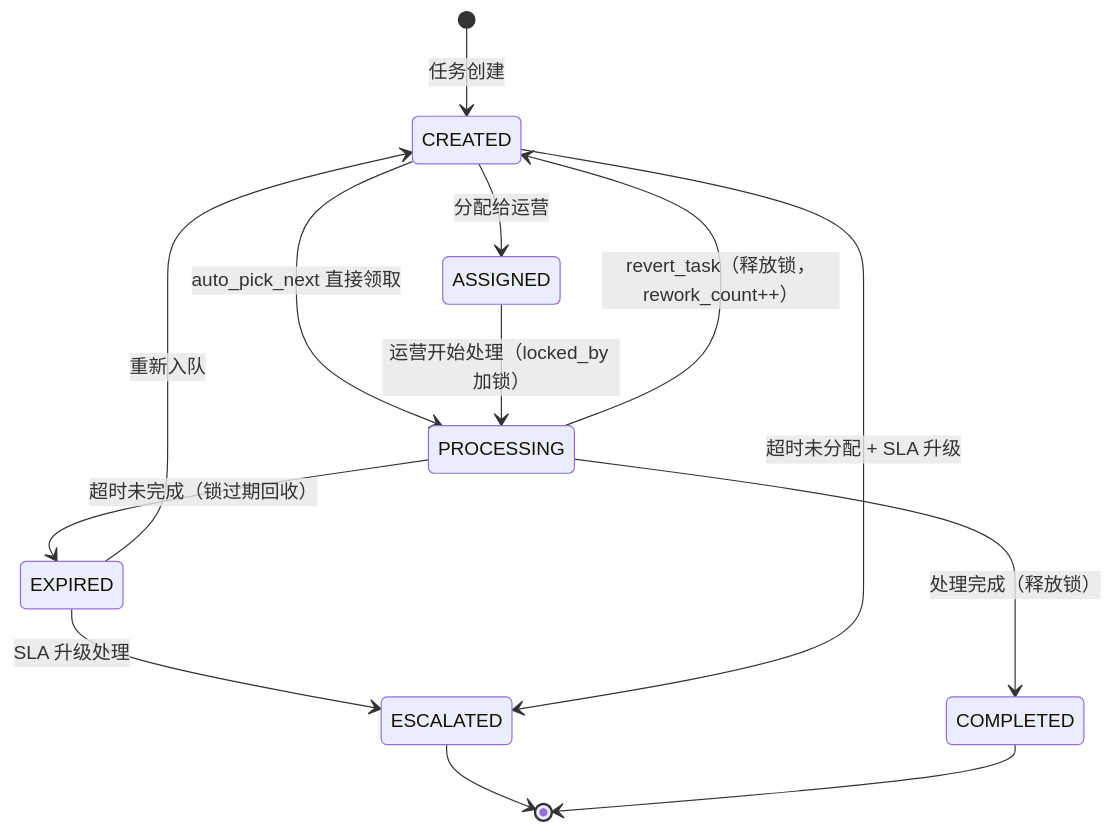
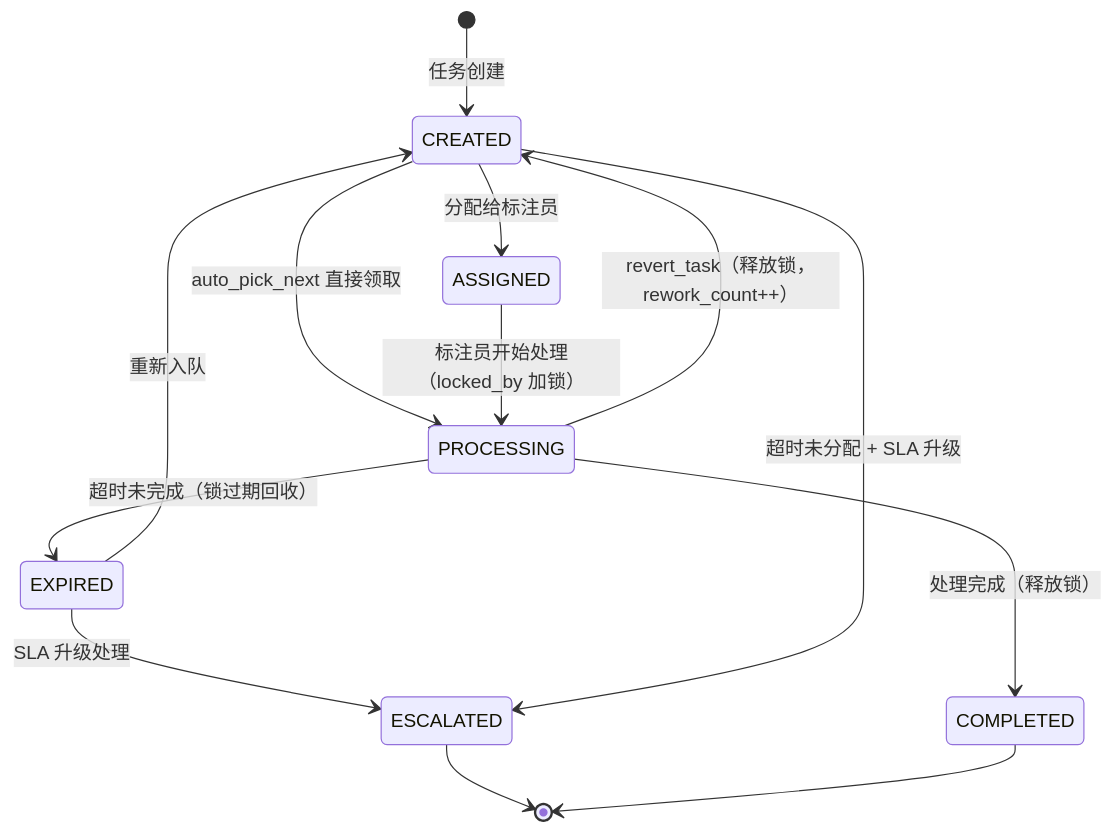
One commit to zhangzongchu2019/pdf-sku changed the fourth of 5 diagrams in web/docs/pdf_sku_data_dictionary_state_machines.md. Above: the diagram before and after it, drawn with Mermaid. The commit also changed other lines of this file and 53 other files, not shown here.

````diff
--- a/web/docs/pdf_sku_data_dictionary_state_machines.md
+++ b/web/docs/pdf_sku_data_dictionary_state_machines.md
@@ -243,21 +243,21 @@
 ```mermaid
 stateDiagram-v2
     [*] --> CREATED: 任务创建
 
-    CREATED --> ASSIGNED: 分配给运营
+    CREATED --> ASSIGNED: 分配给标注员
     CREATED --> PROCESSING: auto_pick_next 直接领取
 
-    ASSIGNED --> PROCESSING: 运营开始处理（locked_by 加锁）
+    ASSIGNED --> PROCESSING: 标注员开始处理（locked_by 加锁）
 
     PROCESSING --> COMPLETED: 处理完成（释放锁）
     PROCESSING --> EXPIRED: 超时未完成（锁过期回收）
     PROCESSING --> CREATED: revert_task（释放锁，rework_count++）
 
     EXPIRED --> ESCALATED: SLA 升级处理
     EXPIRED --> CREATED: 重新入队
 
     CREATED --> ESCALATED: 超时未分配 + SLA 升级
 
     ESCALATED --> [*]
     COMPLETED --> [*]
 ```
````
